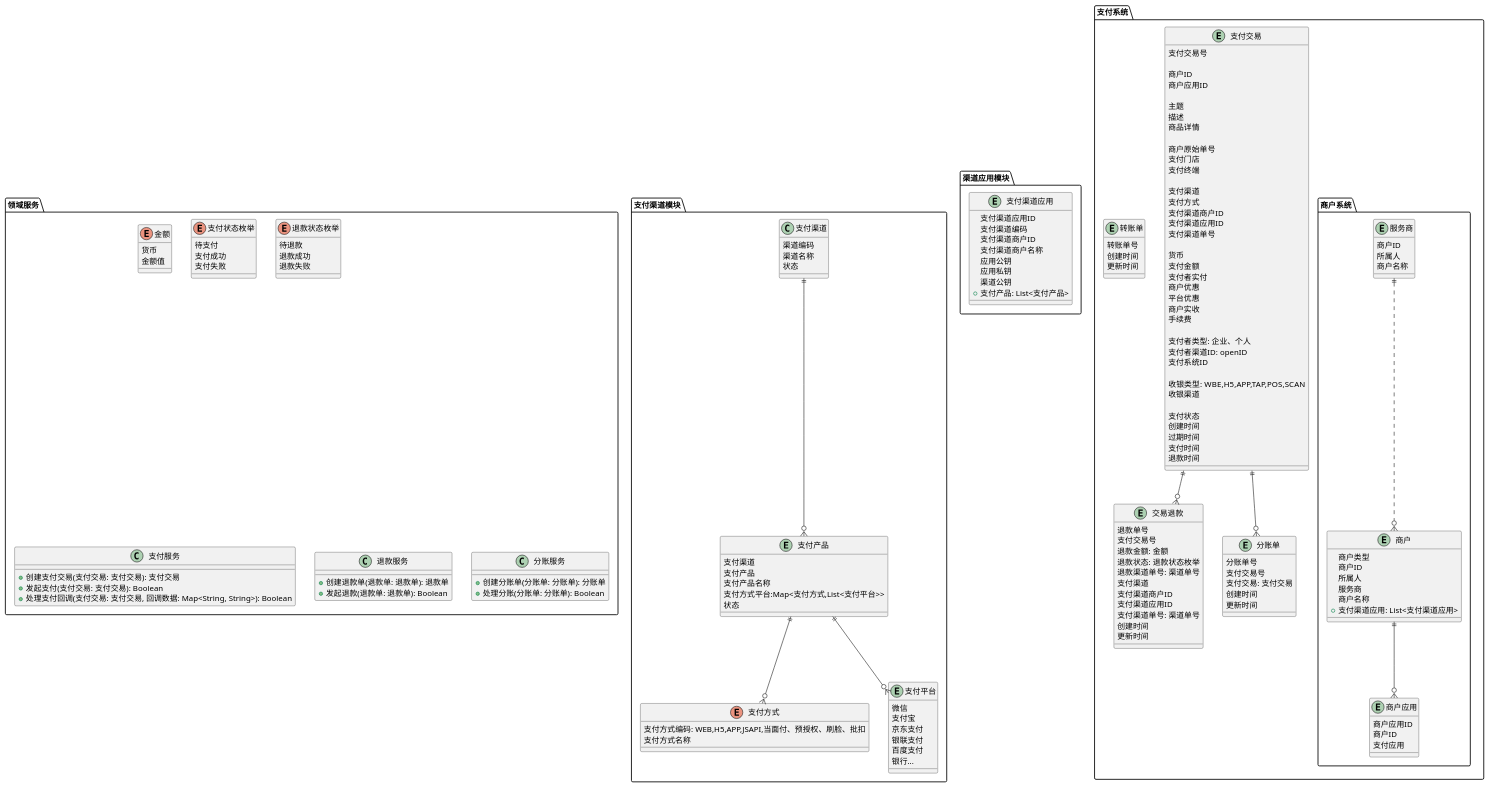
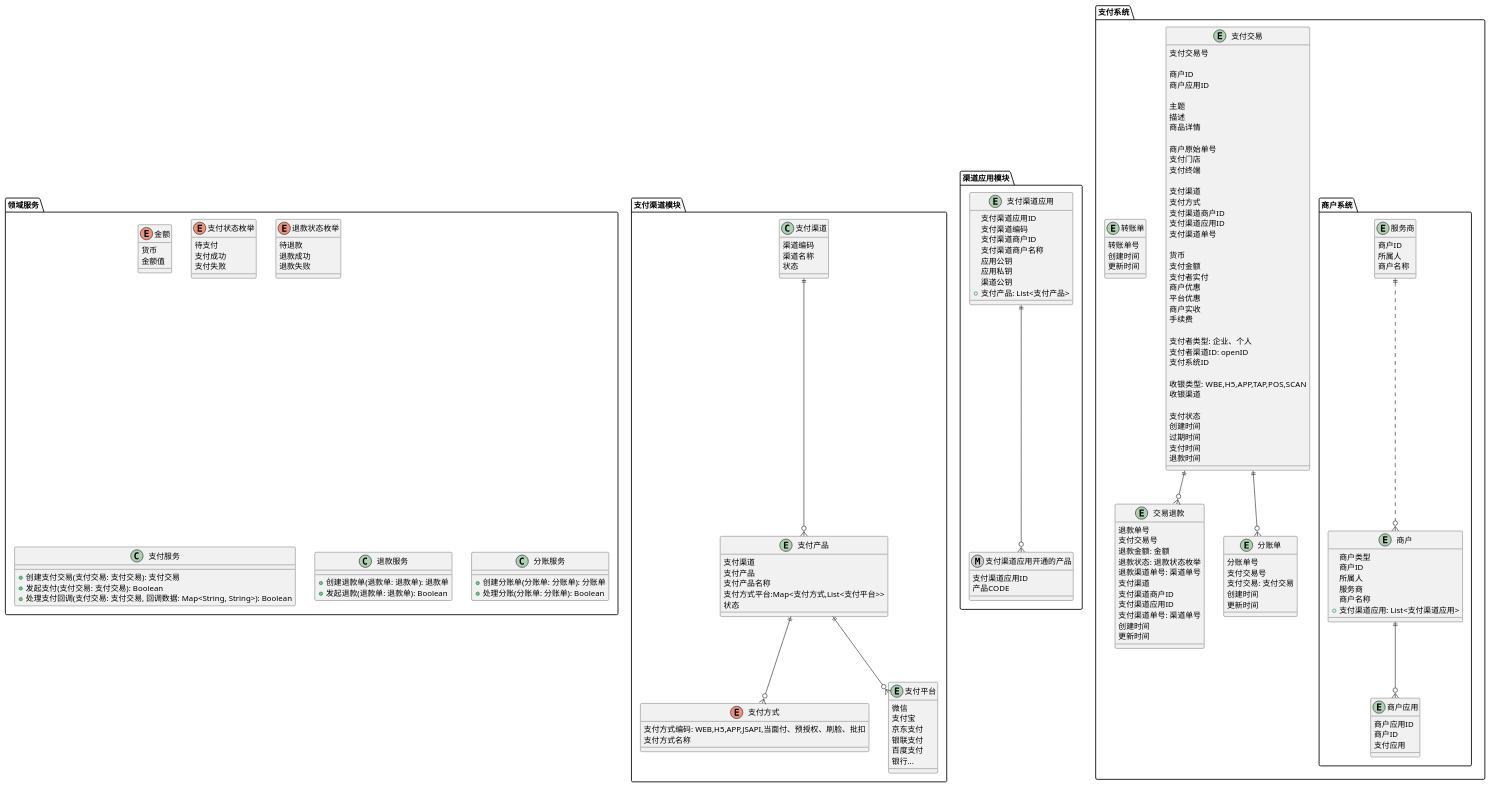
One commit to red-jasmine/payment changed the diagram in docs/领域模型.puml. Above: the diagram before and after it, drawn with PlantUML. The commit also changed 8 other files, not shown here.

```diff
--- a/docs/领域模型.puml
+++ b/docs/领域模型.puml
@@ -49,6 +49,12 @@
         渠道公钥
         +支付产品: List<支付产品>
     }
+
+    metaclass 支付渠道应用开通的产品{
+        支付渠道应用ID
+        产品CODE
+    }
+    支付渠道应用 ||--o{ 支付渠道应用开通的产品
 
 }
 
```
